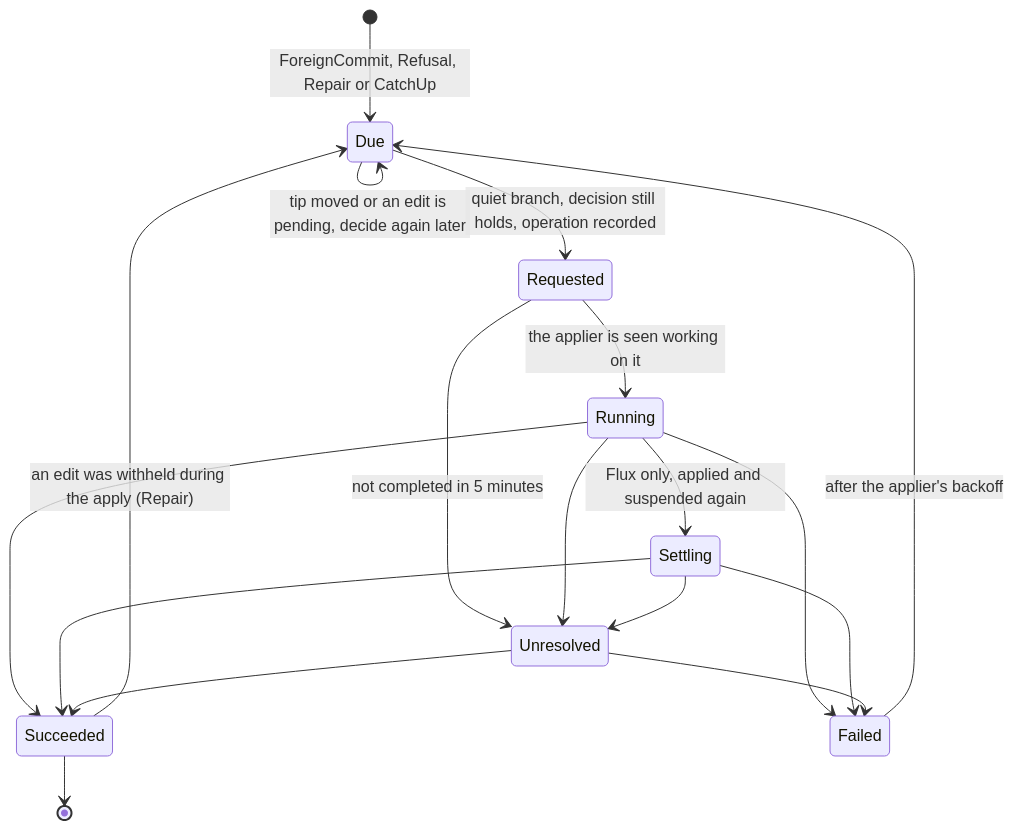
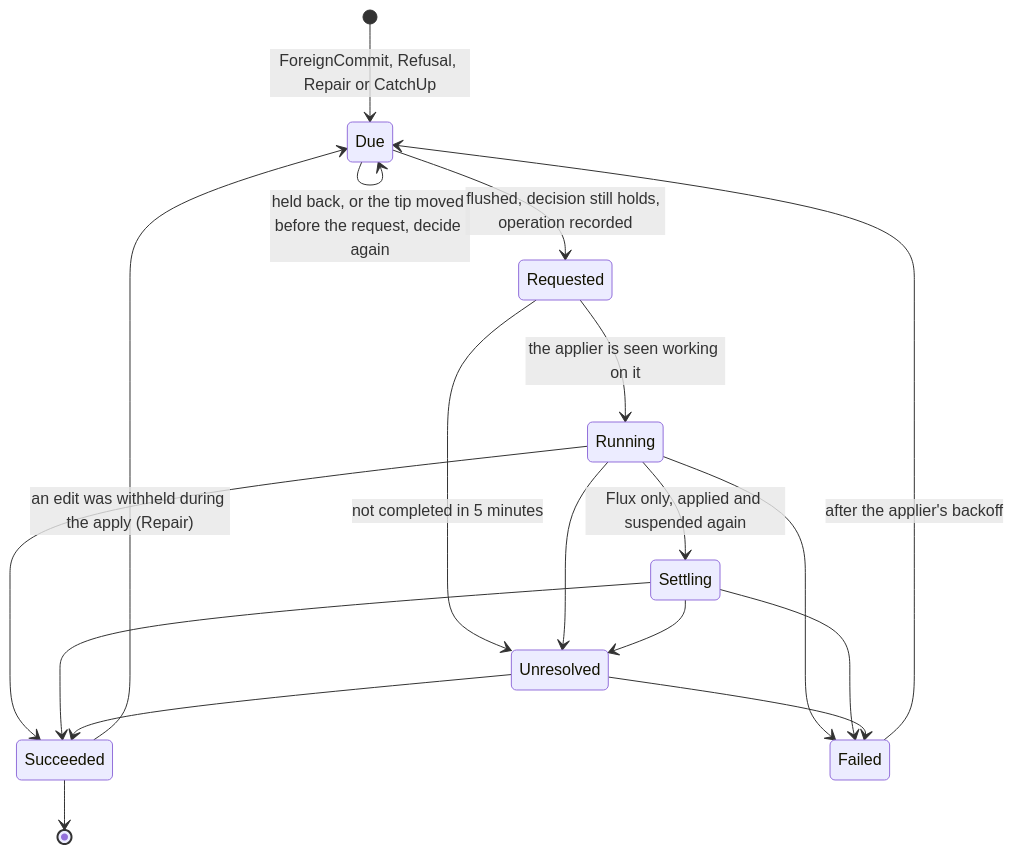
The fifth of 5 diagrams in docs/bi-directional.md (ConfigButler/gitops-reverser), drawn with Mermaid before and after one commit. The commit also changed other lines of this file and 158 other files, not shown here.

````diff
--- a/docs/bi-directional.md
+++ b/docs/bi-directional.md
@@ -183,20 +243,20 @@
 ```mermaid
 stateDiagram-v2
     [*] --> Due: ForeignCommit, Refusal, Repair or CatchUp
-    Due --> Due: tip moved or an edit is pending, decide again later
-    Due --> Requested: quiet branch, decision still holds, operation recorded
+    Due --> Due: held back, or the tip moved before the request, decide again
+    Due --> Requested: flushed, decision still holds, operation recorded
     Requested --> Running: the applier is seen working on it
     Running --> Settling: Flux only, applied and suspended again
     Running --> Succeeded
     Running --> Failed
     Settling --> Succeeded
     Settling --> Failed
     Requested --> Unresolved: not completed in 5 minutes
     Running --> Unresolved
     Settling --> Unresolved
     Unresolved --> Succeeded
     Unresolved --> Failed
     Failed --> Due: after the applier's backoff
     Succeeded --> Due: an edit was withheld during the apply (Repair)
     Succeeded --> [*]
 ```
````
